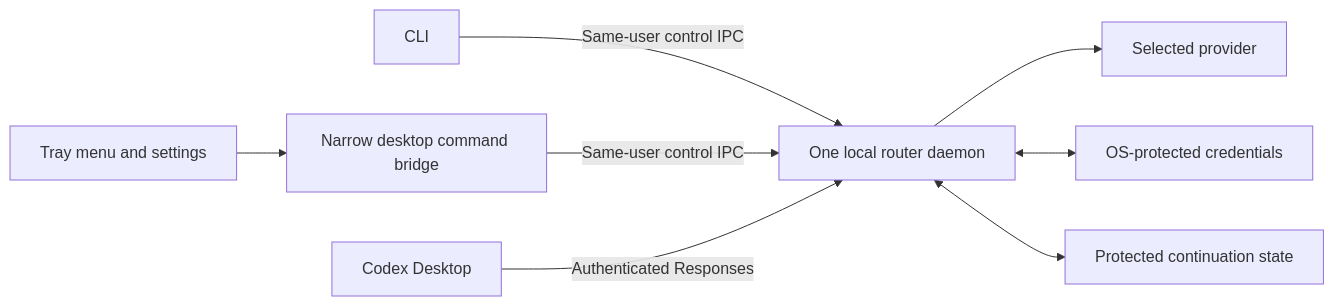
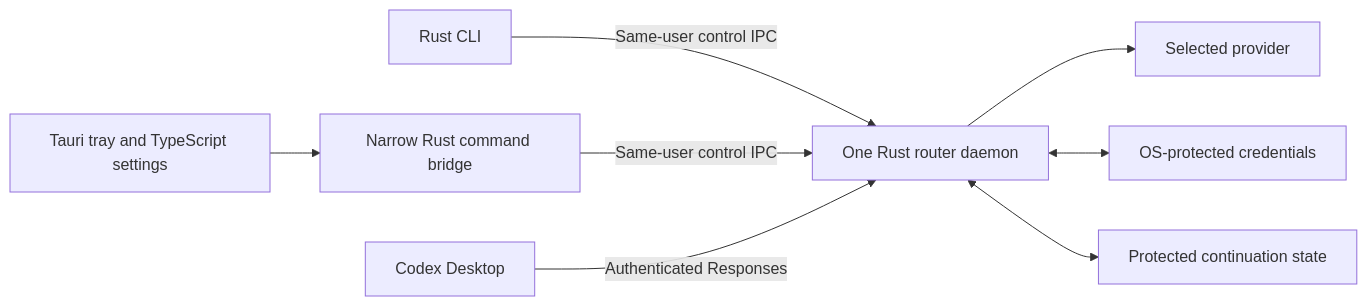
One commit to dydtjr1128/codexrouter changed the diagram in docs/design/runtime-and-interfaces.md. Above: the diagram before and after it, drawn with Mermaid. The commit also changed other lines of this file and 6 other files, not shown here.

````diff
--- a/docs/design/runtime-and-interfaces.md
+++ b/docs/design/runtime-and-interfaces.md
@@ -48,10 +91,10 @@
 ```mermaid
 flowchart LR
-    cli[CLI] -->|Same-user control IPC| daemon[One local router daemon]
-    tray[Tray menu and settings] --> bridge[Narrow desktop command bridge]
+    cli[Rust CLI] -->|Same-user control IPC| daemon[One Rust router daemon]
+    tray[Tauri tray and TypeScript settings] --> bridge[Narrow Rust command bridge]
     bridge -->|Same-user control IPC| daemon
     codex[Codex Desktop] -->|Authenticated Responses| daemon
     daemon --> providers[Selected provider]
     daemon <--> credentials[OS-protected credentials]
     daemon <--> continuation[Protected continuation state]
 ```
````
